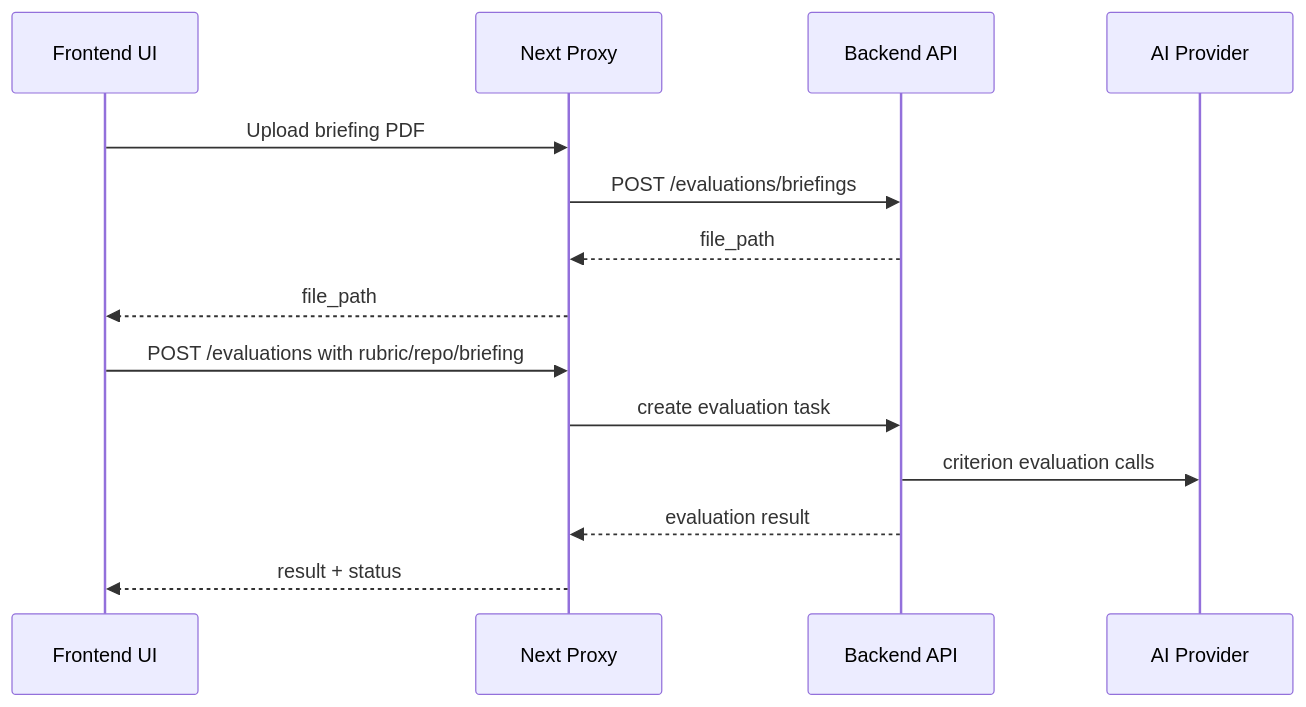
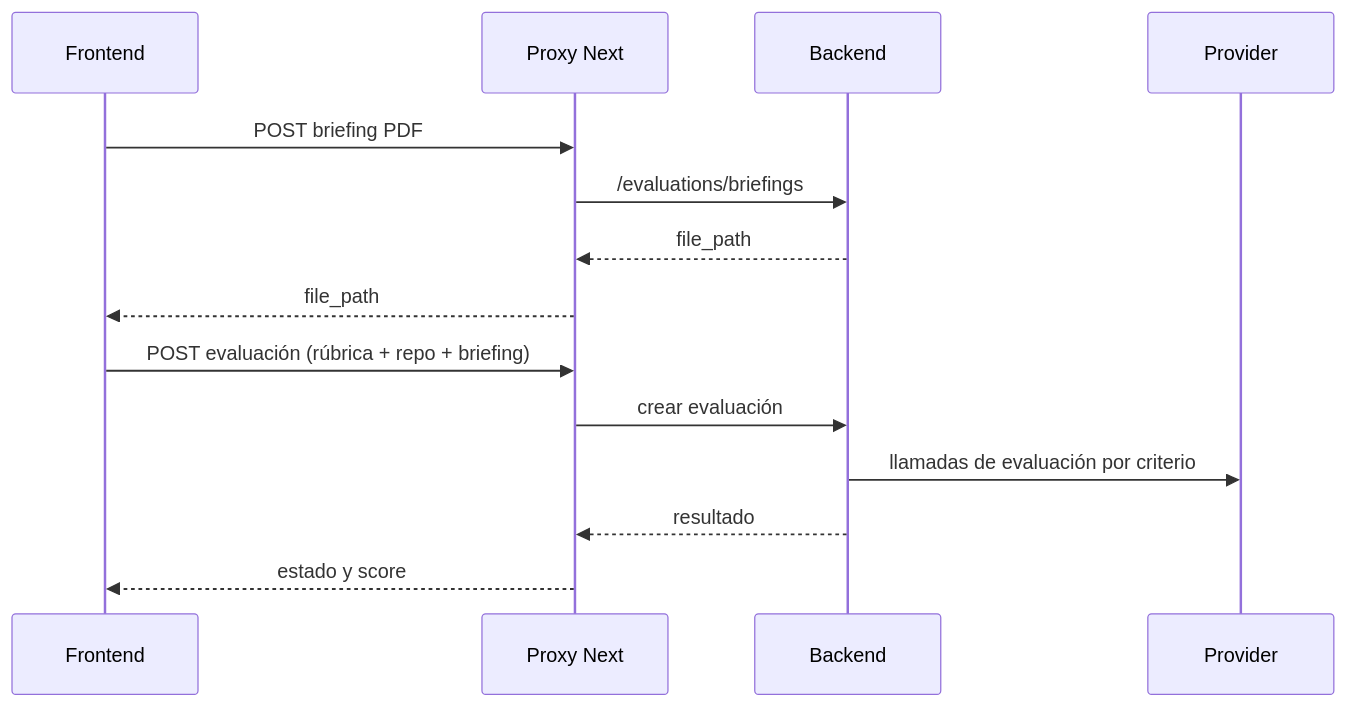
The fourth of 4 diagrams in frontend/README.md (Bootcamp-IA-P5/ai-repo-evaluator), drawn with Mermaid before and after one commit. The commit also changed other lines of this file, not shown here.

Commit message:
docs(frontend): rewrite README for junior-friendly visual onboarding

````diff
--- a/frontend/README.md
+++ b/frontend/README.md
@@ -264,18 +222,18 @@
 ```mermaid
 sequenceDiagram
-  participant UI as Frontend UI
-  participant PX as Next Proxy
-  participant BE as Backend API
-  participant AI as AI Provider
+  participant UI as Frontend
+  participant PX as Proxy Next
+  participant BE as Backend
+  participant AI as Provider
 
-  UI->>PX: Upload briefing PDF
-  PX->>BE: POST /evaluations/briefings
+  UI->>PX: POST briefing PDF
+  PX->>BE: /evaluations/briefings
   BE-->>PX: file_path
   PX-->>UI: file_path
 
-  UI->>PX: POST /evaluations with rubric/repo/briefing
-  PX->>BE: create evaluation task
-  BE->>AI: criterion evaluation calls
-  BE-->>PX: evaluation result
-  PX-->>UI: result + status
+  UI->>PX: POST evaluación (rúbrica + repo + briefing)
+  PX->>BE: crear evaluación
+  BE->>AI: llamadas de evaluación por criterio
+  BE-->>PX: resultado
+  PX-->>UI: estado y score
 ```
````
